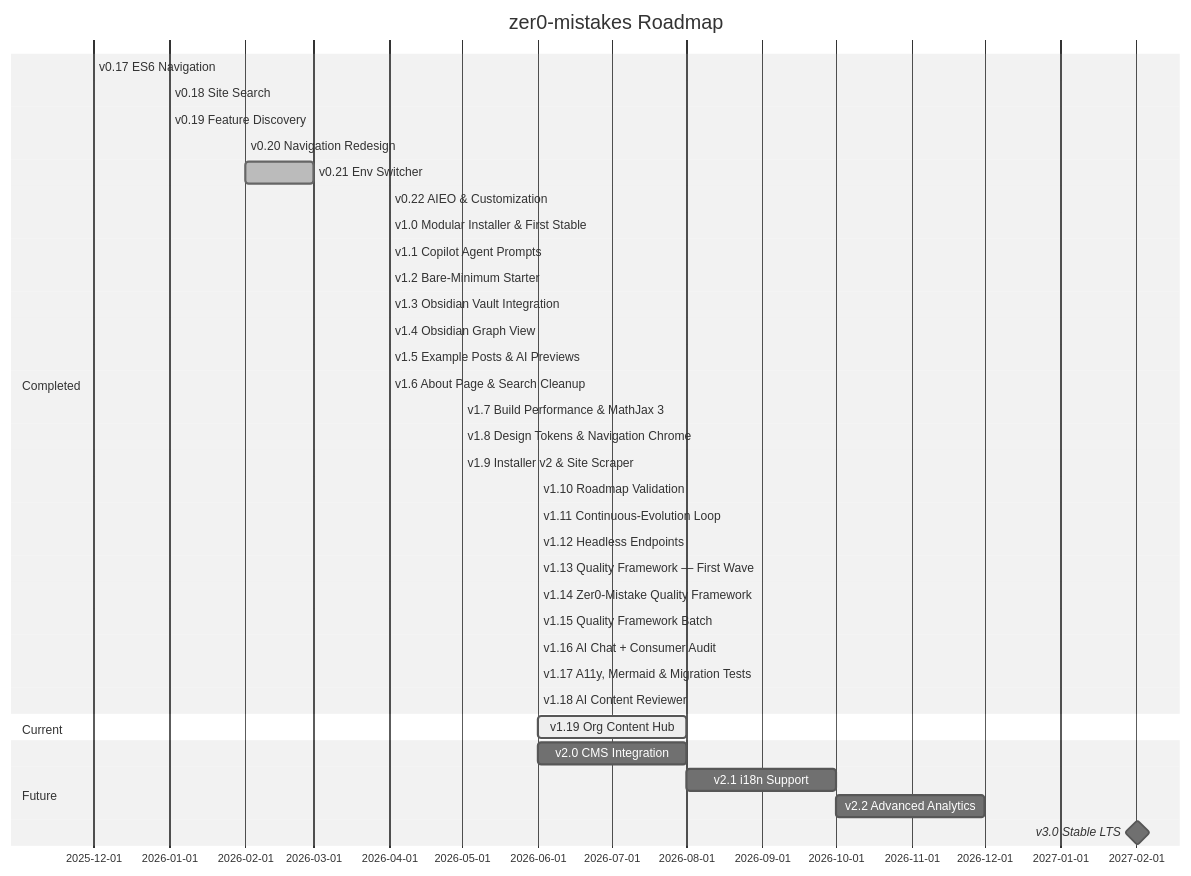
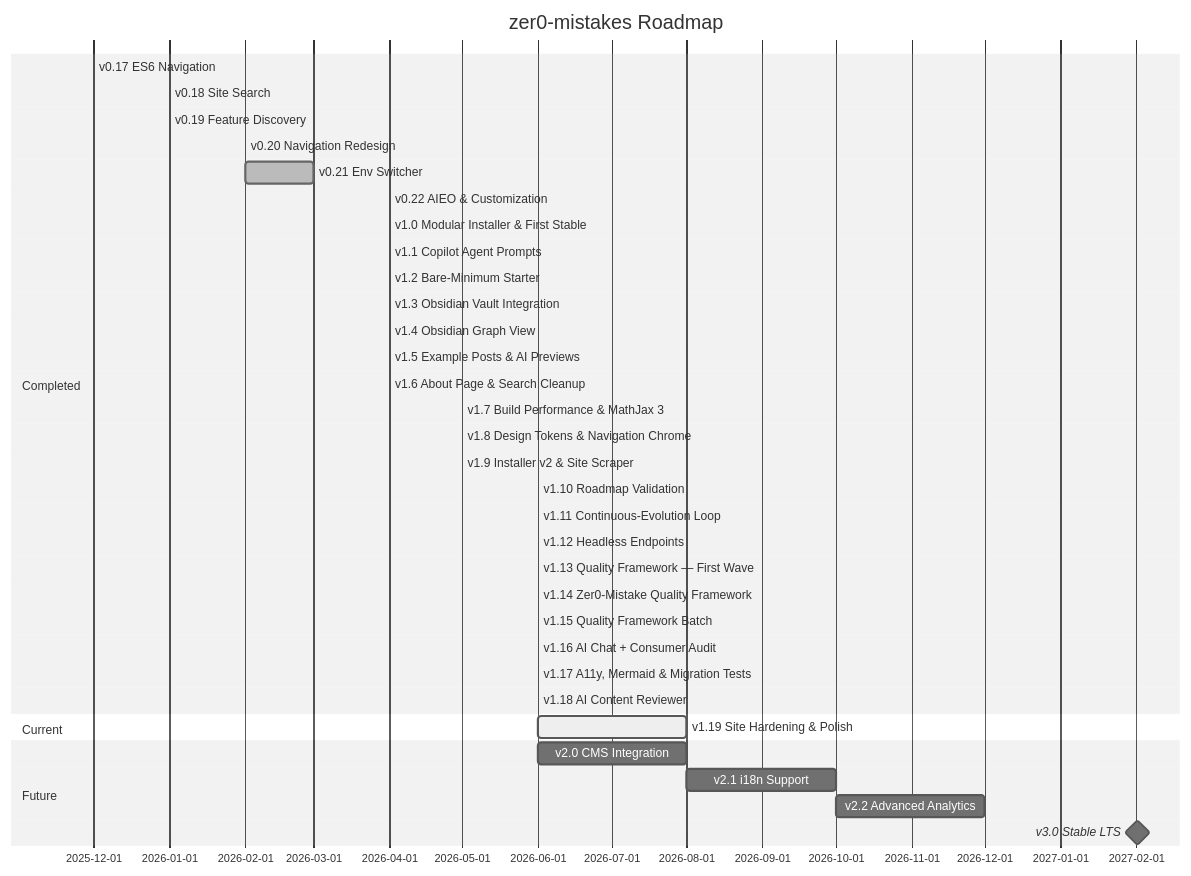
One commit to bamr87/zer0-CMS changed the diagram in packages/zer0-mistakes/README.md. Above: the diagram before and after it, drawn with Mermaid (neutral theme). The commit also changed other lines of this file and 22 other files, not shown here.

First line of the commit message:
revert: remove Year of AI / org content-hub pivot, restore theme landing page (bamr87/zer0-mistakes#180)

````diff
--- a/packages/zer0-mistakes/README.md
+++ b/packages/zer0-mistakes/README.md
@@ -814,38 +810,38 @@
 ```mermaid
 gantt
     title zer0-mistakes Roadmap
     dateFormat YYYY-MM
     section Completed
     v0.17 ES6 Navigation         :done, 2025-12, 2025-12
     v0.18 Site Search            :done, 2026-01, 2026-01
     v0.19 Feature Discovery      :done, 2026-01, 2026-01
     v0.20 Navigation Redesign    :done, 2026-02, 2026-02
     v0.21 Env Switcher           :done, 2026-02, 2026-03
     v0.22 AIEO & Customization   :done, 2026-04, 2026-04
     v1.0 Modular Installer & First Stable :done, 2026-04, 2026-04
     v1.1 Copilot Agent Prompts   :done, 2026-04, 2026-04
     v1.2 Bare-Minimum Starter    :done, 2026-04, 2026-04
     v1.3 Obsidian Vault Integration :done, 2026-04, 2026-04
     v1.4 Obsidian Graph View     :done, 2026-04, 2026-04
     v1.5 Example Posts & AI Previews :done, 2026-04, 2026-04
     v1.6 About Page & Search Cleanup :done, 2026-04, 2026-04
     v1.7 Build Performance & MathJax 3 :done, 2026-05, 2026-05
     v1.8 Design Tokens & Navigation Chrome :done, 2026-05, 2026-05
     v1.9 Installer v2 & Site Scraper :done, 2026-05, 2026-05
     v1.10 Roadmap Validation     :done, 2026-06, 2026-06
     v1.11 Continuous-Evolution Loop :done, 2026-06, 2026-06
     v1.12 Headless Endpoints     :done, 2026-06, 2026-06
     v1.13 Quality Framework — First Wave :done, 2026-06, 2026-06
     v1.14 Zer0-Mistake Quality Framework :done, 2026-06, 2026-06
     v1.15 Quality Framework Batch :done, 2026-06, 2026-06
     v1.16 AI Chat + Consumer Audit :done, 2026-06, 2026-06
     v1.17 A11y, Mermaid & Migration Tests :done, 2026-06, 2026-06
     v1.18 AI Content Reviewer    :done, 2026-06, 2026-06
     section Current
-    v1.19 Org Content Hub        :active, 2026-06, 2026-08
+    v1.19 Site Hardening & Polish :active, 2026-06, 2026-08
     section Future
     v2.0 CMS Integration         :2026-06, 2026-08
     v2.1 i18n Support            :2026-08, 2026-10
     v2.2 Advanced Analytics      :2026-10, 2026-12
     v3.0 Stable LTS              :milestone, 2027-02, 1d
 ```
````
